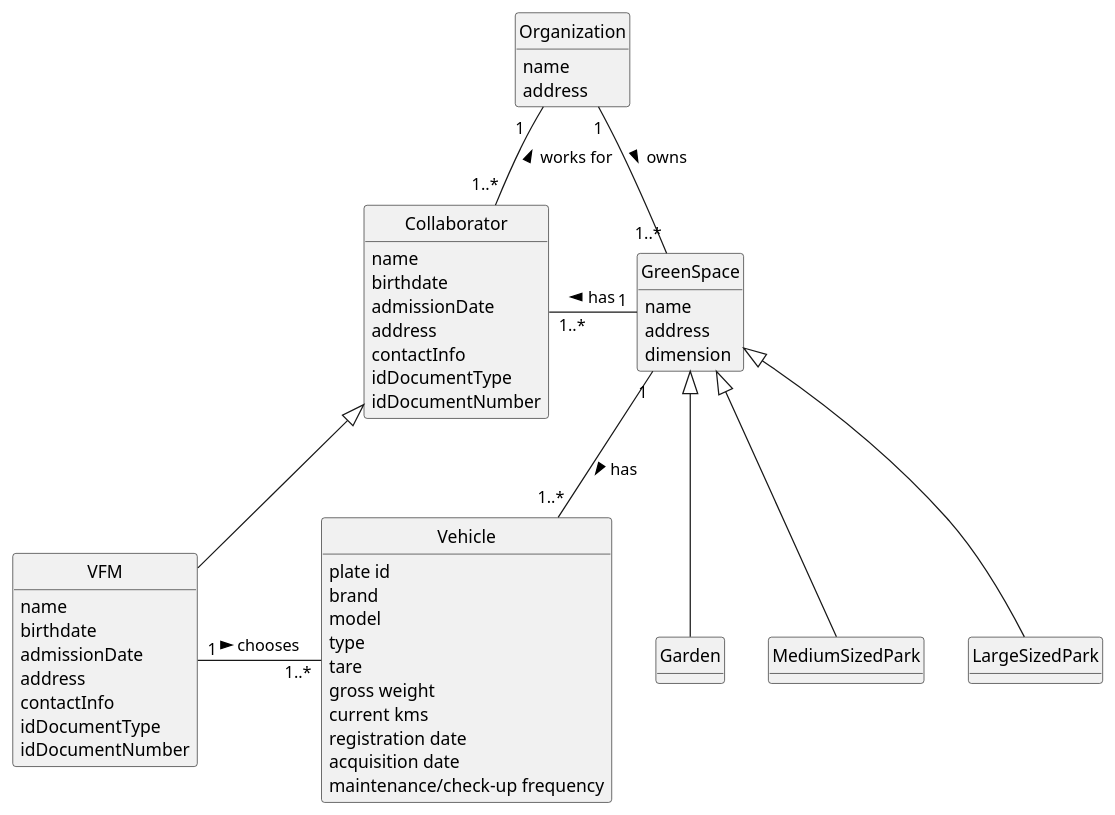
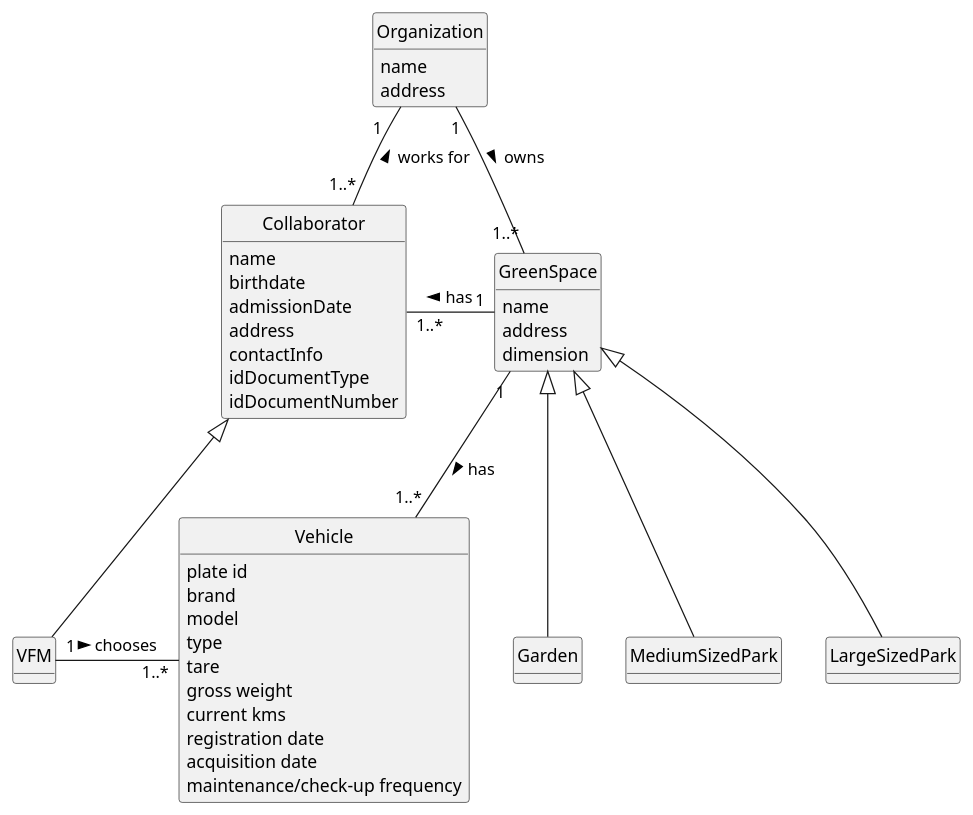
Before and after one commit to diogoveirospro/lei-24-s2-1dg-g072: the diagram in docs/sprintA/us007/02.analysis/puml/us007-domain-model.puml, drawn with PlantUML.

Commit message:
Corrected the US07

```diff
--- a/docs/sprintA/us007/02.analysis/puml/us007-domain-model.puml
+++ b/docs/sprintA/us007/02.analysis/puml/us007-domain-model.puml
@@ -1,74 +1,68 @@
 @startuml
 skinparam monochrome true
 skinparam packageStyle rectangle
 skinparam shadowing false
 
 'left to right direction
 
 skinparam classAttributeIconSize 0
 hide circles
 hide methods
 
 class Collaborator {
     name
     birthdate
     admissionDate
     address
     contactInfo
     idDocumentType
     idDocumentNumber
 }
 
 class VFM{
-    name
-    birthdate
-    admissionDate
-    address
-    contactInfo
-    idDocumentType
-    idDocumentNumber
+    
 }
 
 class Vehicle{
     plate id
     brand
     model
     type
     tare
     gross weight
     current kms
     registration date
     acquisition date
     maintenance/check-up frequency
 }
 
 class GreenSpace {
     name
     address
     dimension
 }
 
 class Garden {
 }
 
 class MediumSizedPark {
 }
 
 class LargeSizedPark {
 }
 
 class Organization{
     name
     address
 }
 
 Collaborator <|-- VFM
 VFM "1"-"   1..*" Vehicle: chooses >
 Collaborator "1..*" - "1" GreenSpace: has <
 GreenSpace "1" -- "1..*" Vehicle: has >
 GreenSpace <|-- Garden
 GreenSpace <|-- MediumSizedPark
 GreenSpace <|-- LargeSizedPark
 Organization "1" -- "1..*" GreenSpace: owns >
 Organization "1   " -- "1..*" Collaborator: works for <
 @enduml
```
